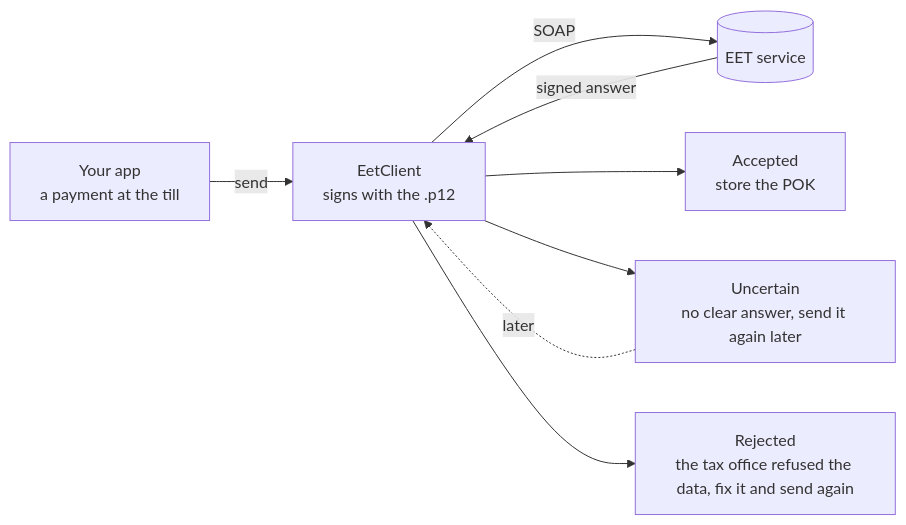
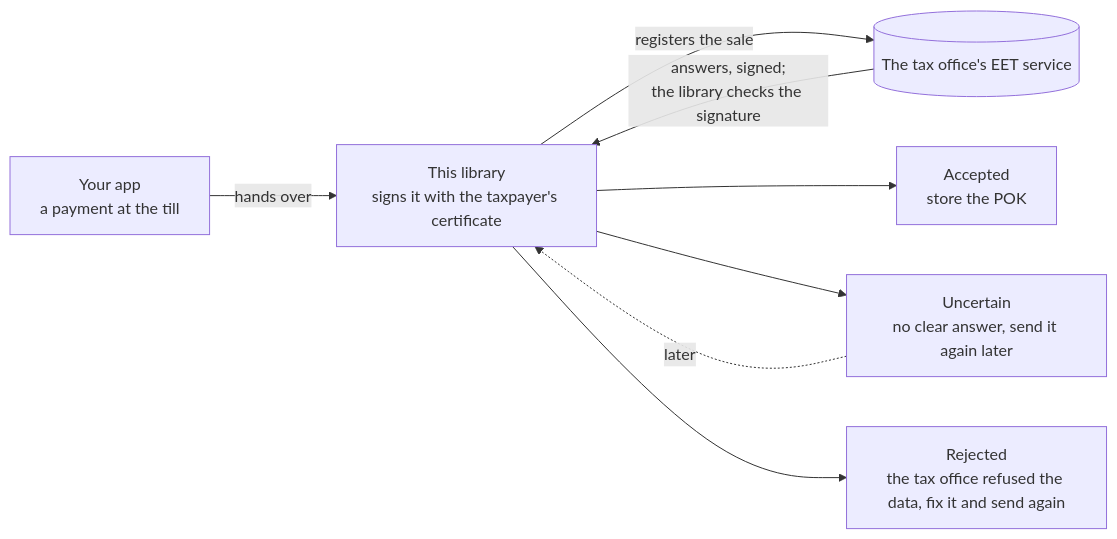
The diagram in README.md (landsman/eet-client), drawn with Mermaid before and after one commit. The commit also changed 1 other file, not shown here.

Commit message:
docs: say on the diagrams what happens, not which protocol or class does it

````diff
--- a/README.md
+++ b/README.md
@@ -8,10 +8,10 @@
 ```mermaid
 flowchart LR
-    app["Your app<br/>a payment at the till"] -->|send| client["EetClient<br/>signs with the .p12"]
-    client -->|SOAP| eet[("EET service")]
-    eet -->|signed answer| client
+    app["Your app<br/>a payment at the till"] -->|hands over| client["This library<br/>signs it with the taxpayer's certificate"]
+    client -->|registers the sale| eet[("The tax office's EET service")]
+    eet -->|answers, signed;<br/>the library checks the signature| client
     client --> accepted["Accepted<br/>store the POK"]
     client --> uncertain["Uncertain<br/>no clear answer, send it again later"]
     client --> rejected["Rejected<br/>the tax office refused the data, fix it and send again"]
     uncertain -.->|later| client
 ```
````
